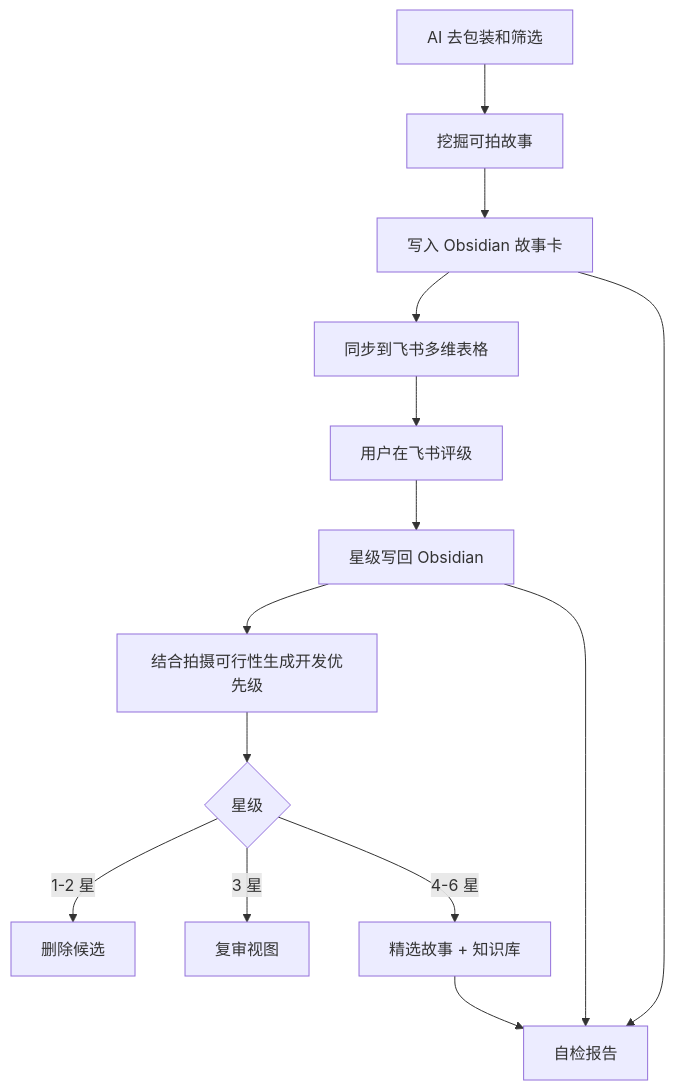
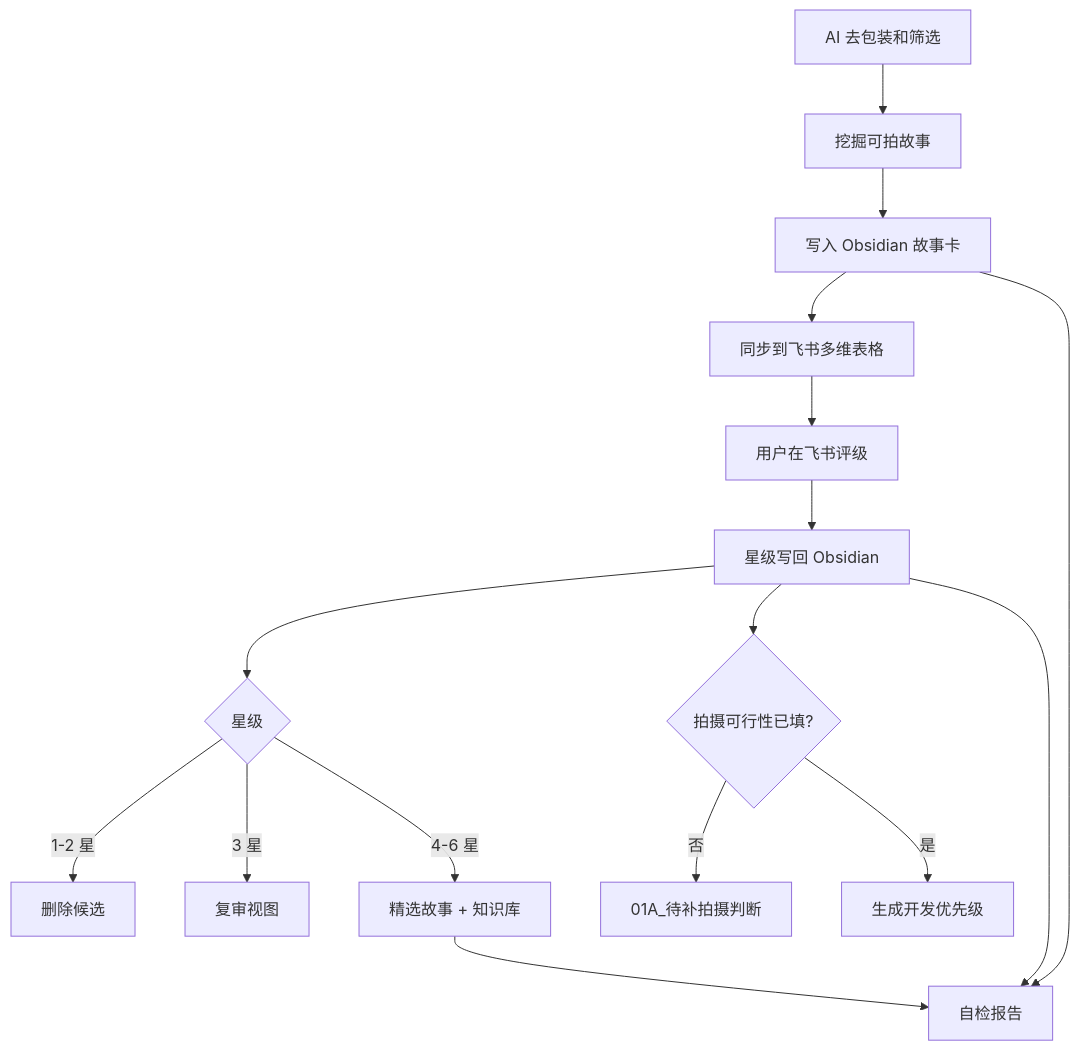
Before and after one commit to 1218364504x-sudo/sucai-jilei-chendian-workflow: the diagram in docs/01-workflow-overview.md, drawn with Mermaid. The commit also changed other lines of this file and 8 other files, not shown here.

````diff
--- a/docs/01-workflow-overview.md
+++ b/docs/01-workflow-overview.md
@@ -20,16 +20,18 @@
 ```mermaid
 flowchart TD
     A["AI 去包装和筛选"] --> B["挖掘可拍故事"]
     B --> C["写入 Obsidian 故事卡"]
     C --> D["同步到飞书多维表格"]
     D --> E["用户在飞书评级"]
     E --> F["星级写回 Obsidian"]
-    F --> L["结合拍摄可行性生成开发优先级"]
-    L --> G{"星级"}
+    F --> G{"星级"}
+    F --> L{"拍摄可行性已填?"}
+    L -->|"否"| M["01A_待补拍摄判断"]
+    L -->|"是"| N["生成开发优先级"]
     G -->|"1-2 星"| H["删除候选"]
     G -->|"3 星"| I["复审视图"]
     G -->|"4-6 星"| J["精选故事 + 知识库"]
     C --> K["自检报告"]
     F --> K
     J --> K
 ```
````
